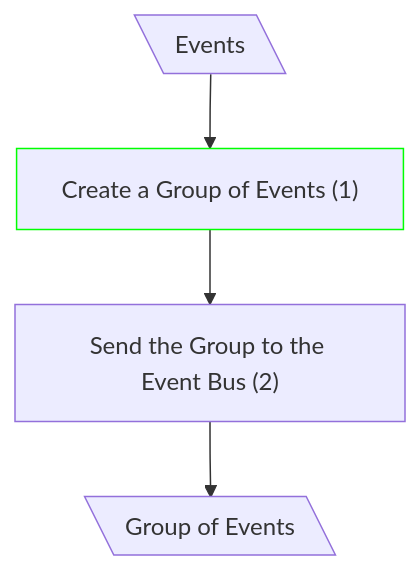
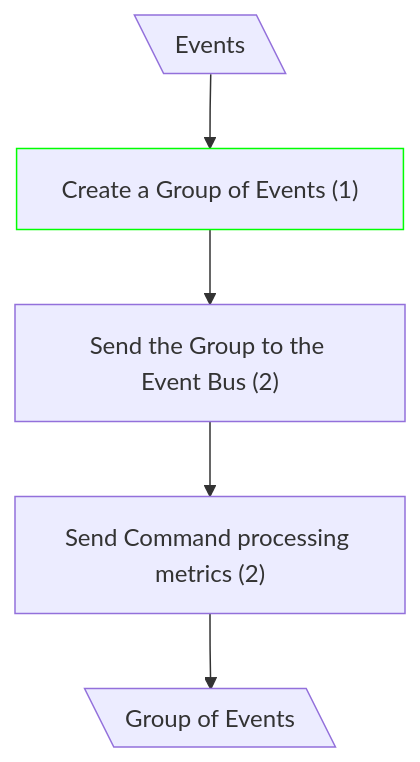
One commit to dmitryhruzin/CQRS-variations-test changed the second of 2 diagrams in docs/CF Complexity/mCQRS -> mCQRS+CoE/create.md. Above: the diagram before and after it, drawn with Mermaid. The commit also changed other lines of this file and 21 other files, not shown here.

````diff
--- a/docs/CF Complexity/mCQRS -> mCQRS+CoE/create.md
+++ b/docs/CF Complexity/mCQRS -> mCQRS+CoE/create.md
@@ -17,8 +18,9 @@
 ```mermaid
 flowchart TD
   classDef mod stroke:#0f0
   A@{ shape: lean-l, label: "Events" }
   A --> B["Create a Group of Events (1)"]:::mod
   B --> C["Send the Group to the Event Bus (2)"]
-  C --> D@{ shape: lean-l, label: "Group of Events" }
+  C --> M["Send Command processing metrics (2)"]
+  M --> D@{ shape: lean-l, label: "Group of Events" }
 ```
````
